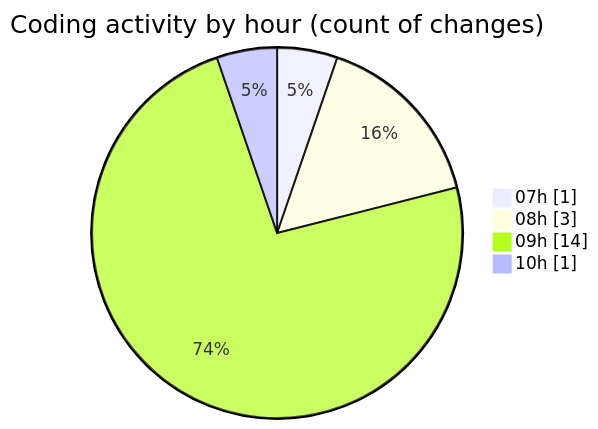
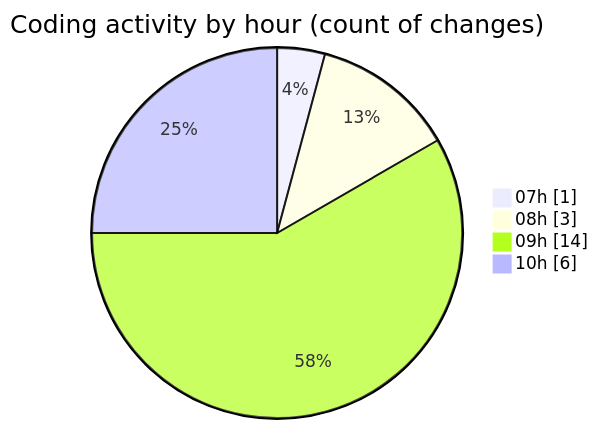
One commit to tmsrecording-cyber/code-tracking changed the second of 2 diagrams in 2026-02-02/singularitybrainai/README.md. Above: the diagram before and after it, drawn with Mermaid. The commit also changed other lines of this file and 1 other file, not shown here.

````diff
--- a/2026-02-02/singularitybrainai/README.md
+++ b/2026-02-02/singularitybrainai/README.md
@@ -36,8 +37,8 @@
 ```mermaid
 pie showData
 title Coding activity by hour (count of changes)
 "07h" : 1
 "08h" : 3
 "09h" : 14
-"10h" : 1
+"10h" : 6
 ```
````
